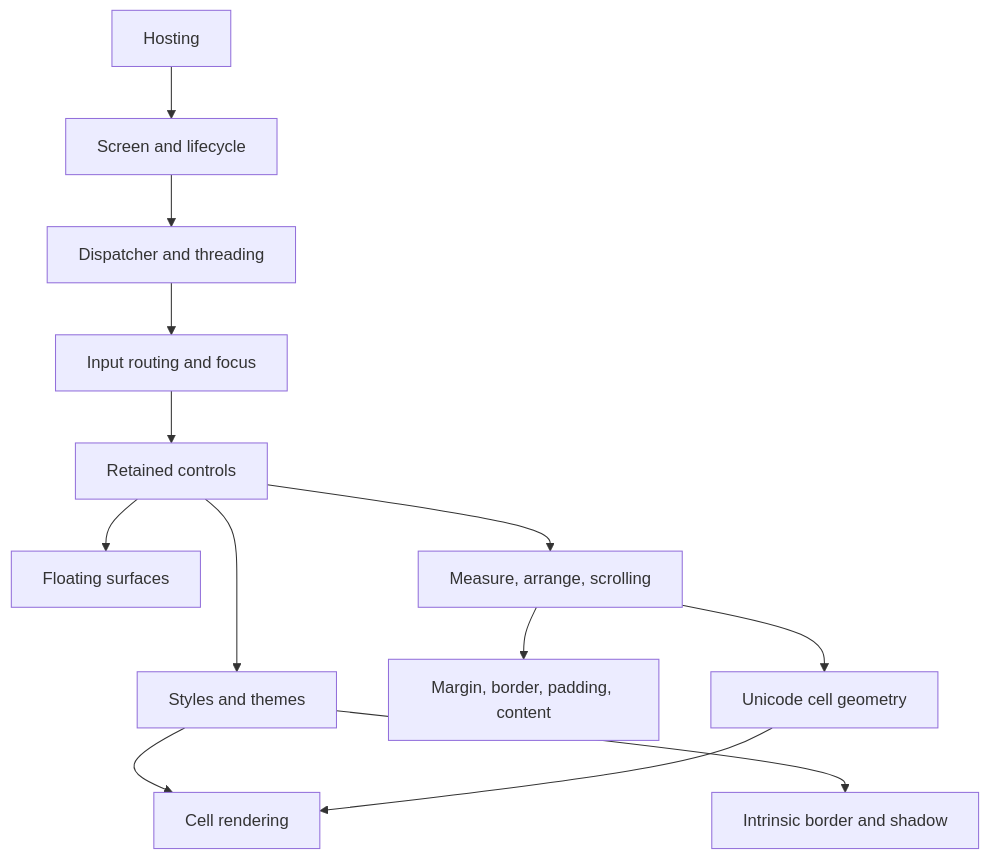
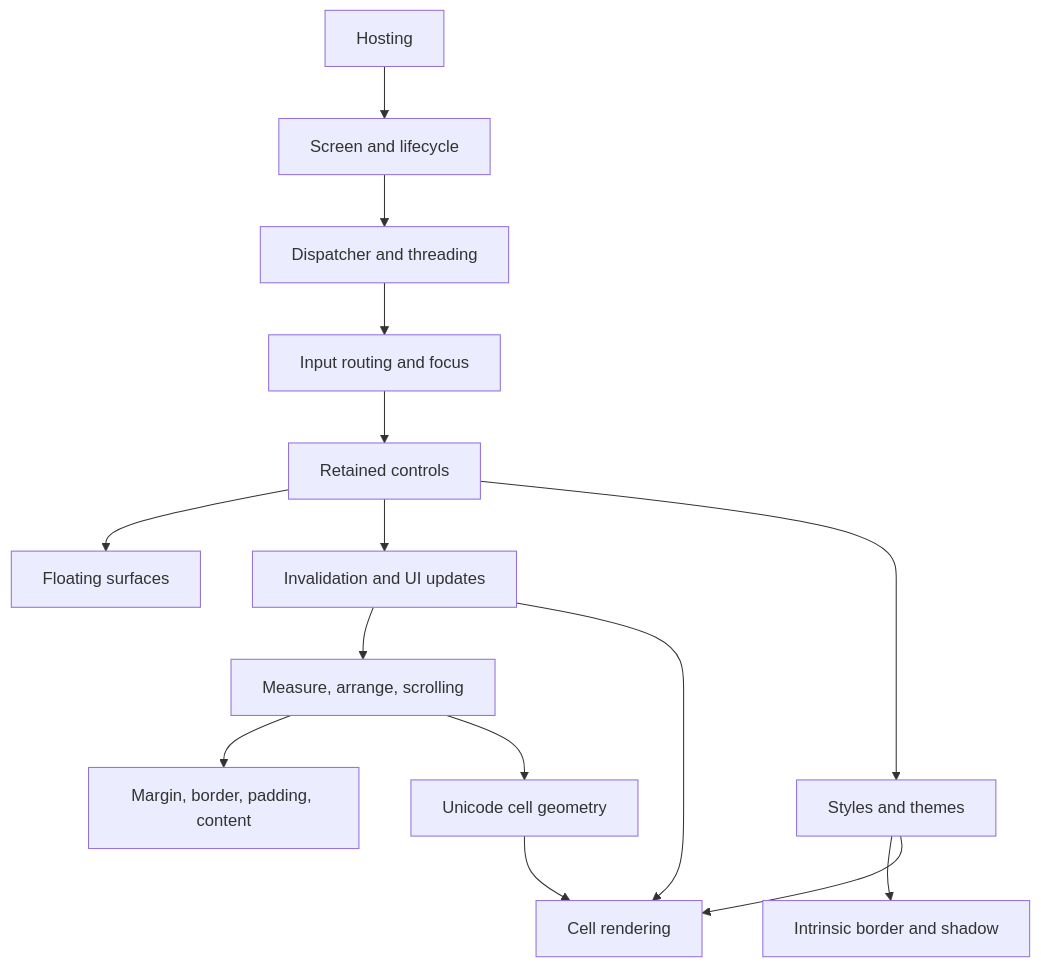
Before and after one commit to pavkam/sharp-vision: the diagram in docs/concepts/index.md, drawn with Mermaid. The commit also changed other lines of this file and 138 other files, not shown here.

````diff
--- a/docs/concepts/index.md
+++ b/docs/concepts/index.md
@@ -8,15 +8,17 @@
 ```mermaid
 flowchart TB
     Hosting["Hosting"] --> Screen["Screen and lifecycle"]
     Screen --> Threading["Dispatcher and threading"]
     Threading --> Input["Input routing and focus"]
     Input --> Controls["Retained controls"]
     Controls --> Surfaces["Floating surfaces"]
-    Controls --> Layout["Measure, arrange, scrolling"]
+    Controls --> Invalidation["Invalidation and UI updates"]
+    Invalidation --> Layout["Measure, arrange, scrolling"]
+    Invalidation --> Rendering["Cell rendering"]
     Controls --> Styling["Styles and themes"]
     Layout --> Box["Margin, border, padding, content"]
     Styling --> Chrome["Intrinsic border and shadow"]
     Layout --> Geometry["Unicode cell geometry"]
-    Styling --> Rendering["Cell rendering"]
+    Styling --> Rendering
     Geometry --> Rendering
 ```
````
